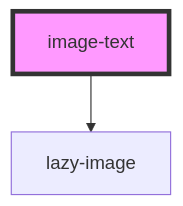
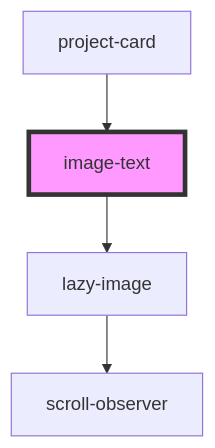
One commit to dev-kylo/component_library changed the diagram in src/components/cards/image-text/readme.md. Above: the diagram before and after it, drawn with Mermaid. The commit also changed other lines of this file and 33 other files, not shown here.

````diff
--- a/src/components/cards/image-text/readme.md
+++ b/src/components/cards/image-text/readme.md
@@ -29,5 +38,7 @@
 ```mermaid
 graph TD;
   image-text --> lazy-image
+  lazy-image --> scroll-observer
+  project-card --> image-text
   style image-text fill:#f9f,stroke:#333,stroke-width:4px
 ```
````
